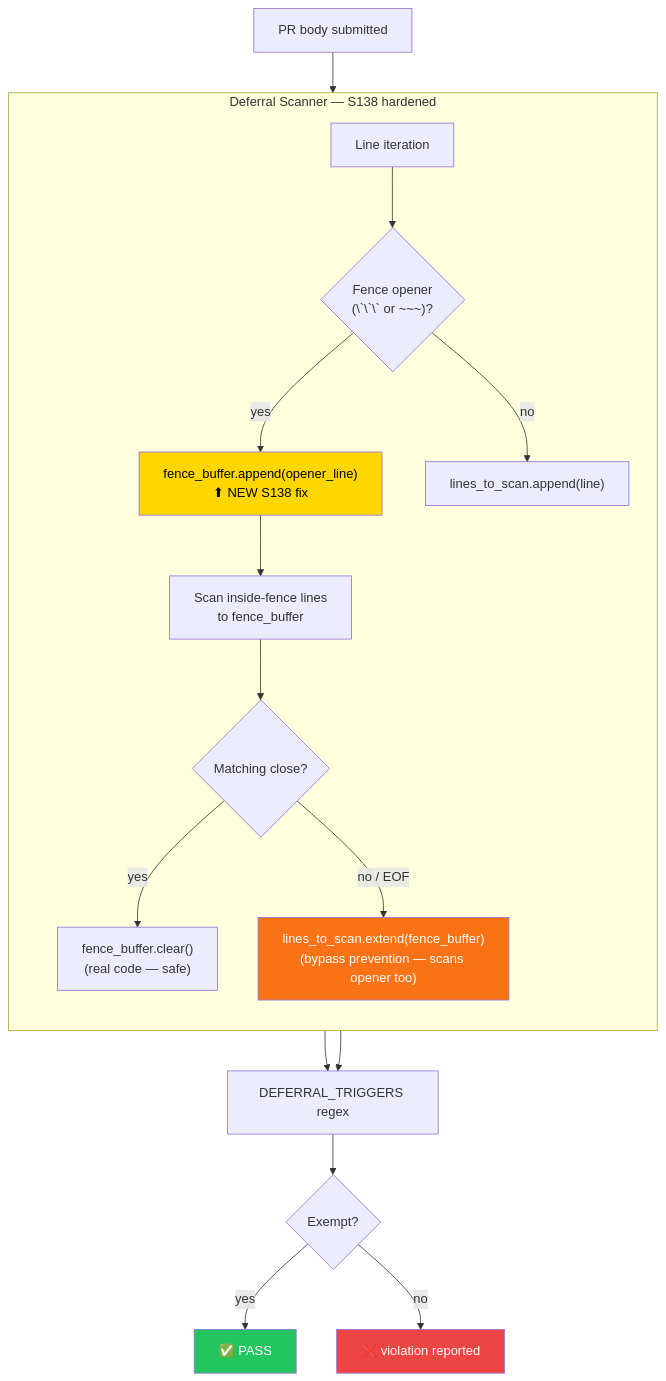
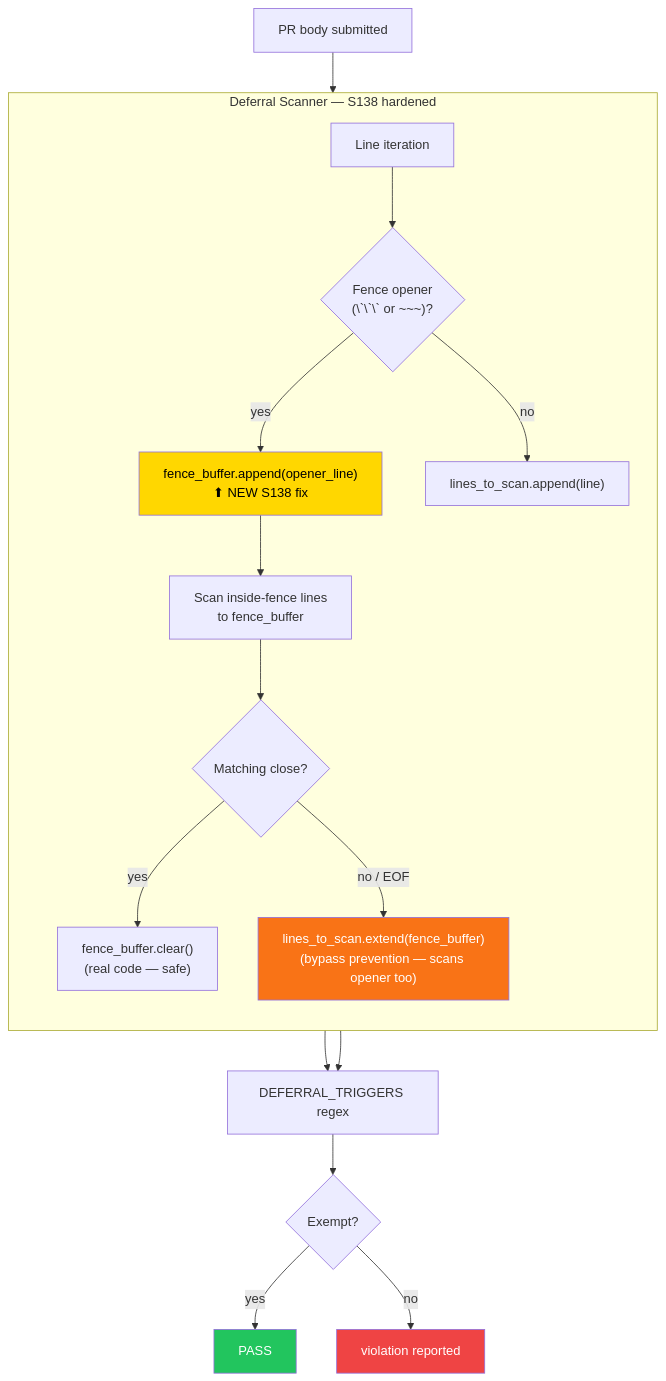
Before and after one commit to Aries-Serpent/_codex_: the first of 4 diagrams in docs/cognitive_brain/status/COGNITIVE_BRAIN_STATUS_PR3607.md, drawn with Mermaid. The commit also changed other lines of this file and 2029 other files, not shown here.

````diff
--- a/docs/cognitive_brain/status/COGNITIVE_BRAIN_STATUS_PR3607.md
+++ b/docs/cognitive_brain/status/COGNITIVE_BRAIN_STATUS_PR3607.md
@@ -26,28 +28,28 @@
 ```mermaid
 %%{init: {'accessibility': {'title': 'Flowchart showing "PR body submitted", "check_deferral_language.scan()"'}}%%
 flowchart TD
     PR["PR body submitted"] --> DL["check_deferral_language.scan()"]
 
     subgraph DL["Deferral Scanner — S138 hardened"]
         direction TB
         L1["Line iteration"]
         L1 --> FO{"Fence opener\n(\`\`\` or ~~~)?"}
         FO -- yes --> BUF["fence_buffer.append(opener_line)\n⬆ NEW S138 fix"]
         FO -- no --> SCAN["lines_to_scan.append(line)"]
         BUF --> INSIDE["Scan inside-fence lines\nto fence_buffer"]
         INSIDE --> CLOSE{"Matching close?"}
         CLOSE -- yes --> DISCARD["fence_buffer.clear()\n(real code — safe)"]
         CLOSE -- no / EOF --> BYPASS["lines_to_scan.extend(fence_buffer)\n(bypass prevention — scans opener too)"]
     end
 
     SCAN --> REGEX["DEFERRAL_TRIGGERS regex"]
     BYPASS --> REGEX
     REGEX --> EXEMPT{"Exempt?"}
-    EXEMPT -- yes --> PASS["✅ PASS"]
-    EXEMPT -- no --> FAIL["❌ violation reported"]
+    EXEMPT -- yes --> PASS[" PASS"]
+    EXEMPT -- no --> FAIL[" violation reported"]
 
     style BUF fill:#ffd700,color:#000
     style BYPASS fill:#f97316,color:#fff
     style PASS fill:#22c55e,color:#fff
     style FAIL fill:#ef4444,color:#fff
 ```
````
